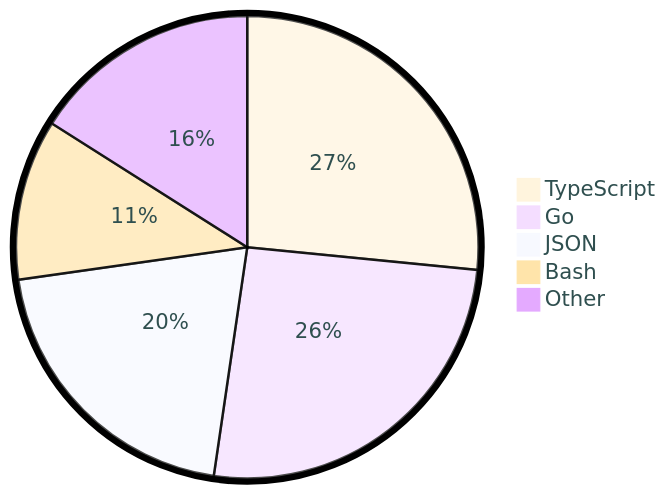
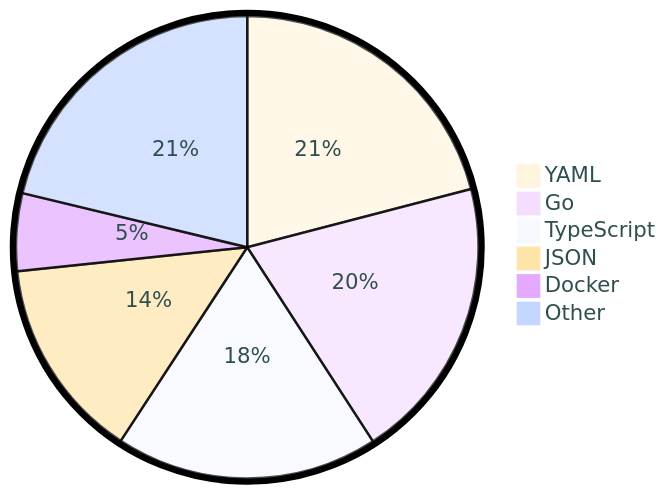
One commit to tot0p/tot0p changed the diagram in README.md. Above: the diagram before and after it, drawn with Mermaid. The commit also changed other lines of this file, not shown here.

````diff
--- a/README.md
+++ b/README.md
@@ -80,9 +86,10 @@
 ```mermaid
 %%{init: {"pie": {"textPosition": 0.5}, "themeVariables": {"pieOuterStrokeWidth": "5px","primaryTextColor" : "#2F4F4F"},"theme":"base"} }%%
 pie
-	"TypeScript": 26.56
-	"Go": 25.75
-	"JSON": 20.44
-	"Bash": 11.23
-	"Other": 16.01
+	"YAML": 20.95
+	"Go": 19.91
+	"TypeScript": 18.36
+	"JSON": 14.13
+	"Docker": 5.42
+	"Other": 21.239999999999995
 ```
````
